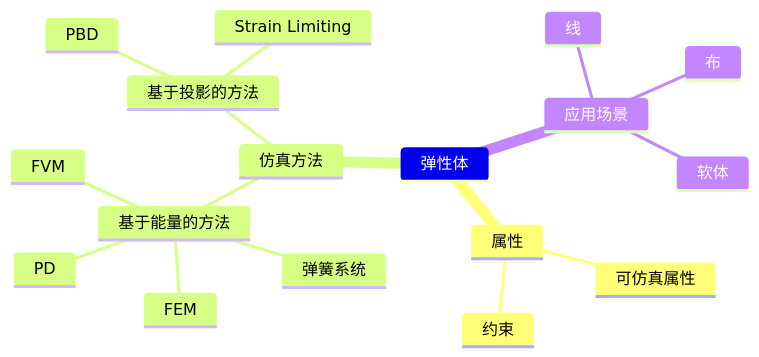
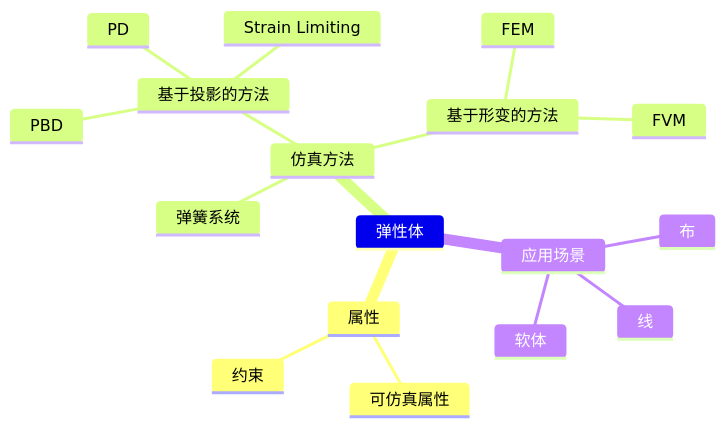
Before and after one commit to CaterpillarStudyGroup/GAMES103_mdbook: the diagram in src/Elastic/Elastic.md, drawn with Mermaid. The commit also changed 4 other files, not shown here.

````diff
--- a/src/Elastic/Elastic.md
+++ b/src/Elastic/Elastic.md
@@ -1,20 +1,20 @@
 ```mermaid
 mindmap
 弹性体
     属性
         可仿真属性
         约束
     仿真方法
-        基于能量的方法
-            弹簧系统
+        弹簧系统
+        基于投影的方法
+            PBD
             PD
+            Strain Limiting
+        基于形变的方法
             FEM
             FVM
-        基于投影的方法
-            PBD
-            Strain Limiting
     应用场景
         线
         布
         软体
 ```
````
